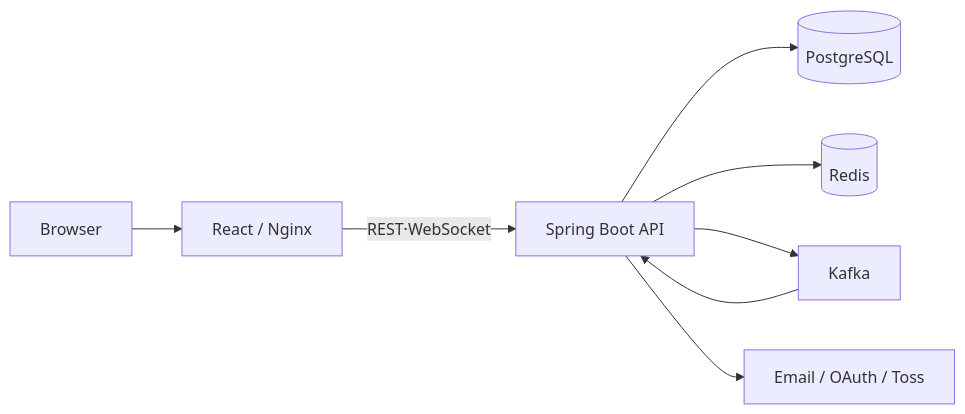
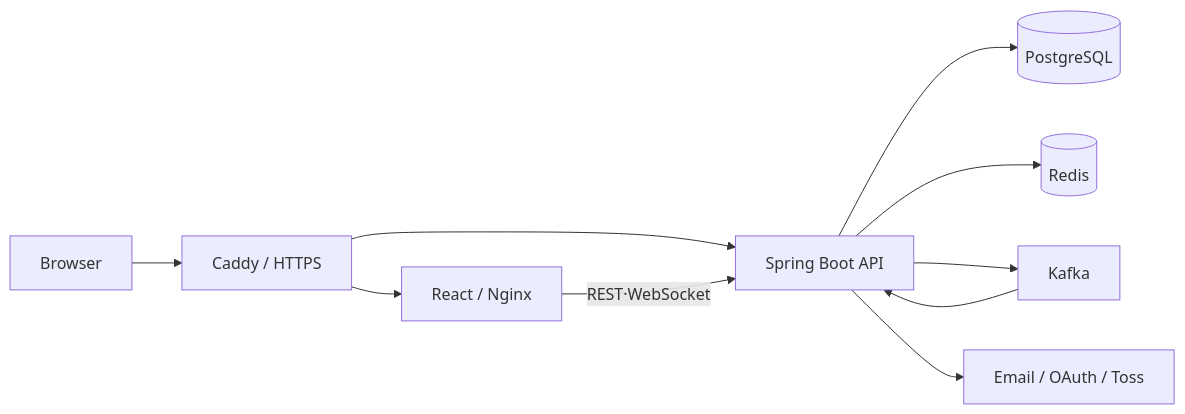
The diagram in README.md (yspaceS2/YMall), drawn with Mermaid before and after one commit. The commit also changed other lines of this file and 36 other files, not shown here.

````diff
--- a/README.md
+++ b/README.md
@@ -23,10 +23,12 @@
 ```mermaid
 flowchart LR
-    U["Browser"] --> F["React / Nginx"]
+    U["Browser"] --> C["Caddy / HTTPS"]
+    C --> F["React / Nginx"]
+    C --> B
     F -->|REST·WebSocket| B["Spring Boot API"]
     B --> P[(PostgreSQL)]
     B --> R[(Redis)]
     B --> K["Kafka"]
     B --> E["Email / OAuth / Toss"]
     K --> B
 ```
````
